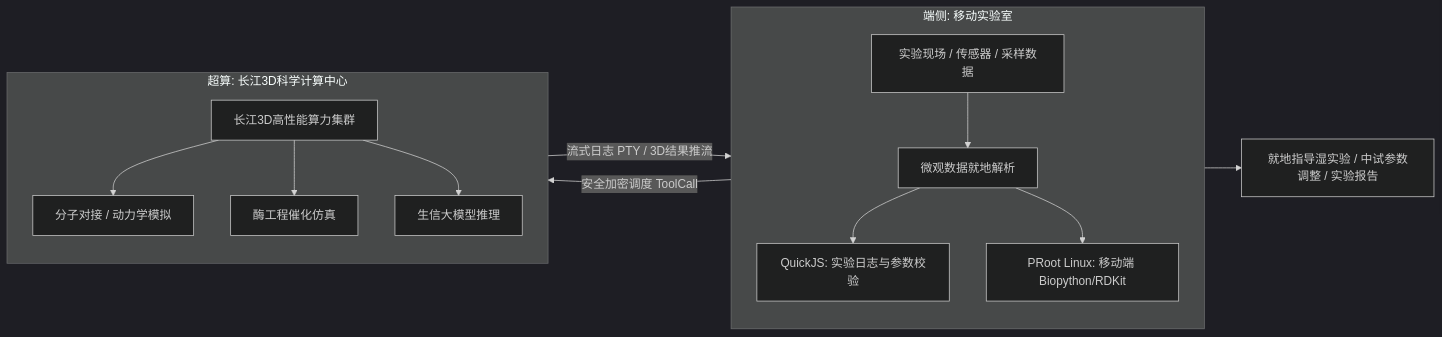
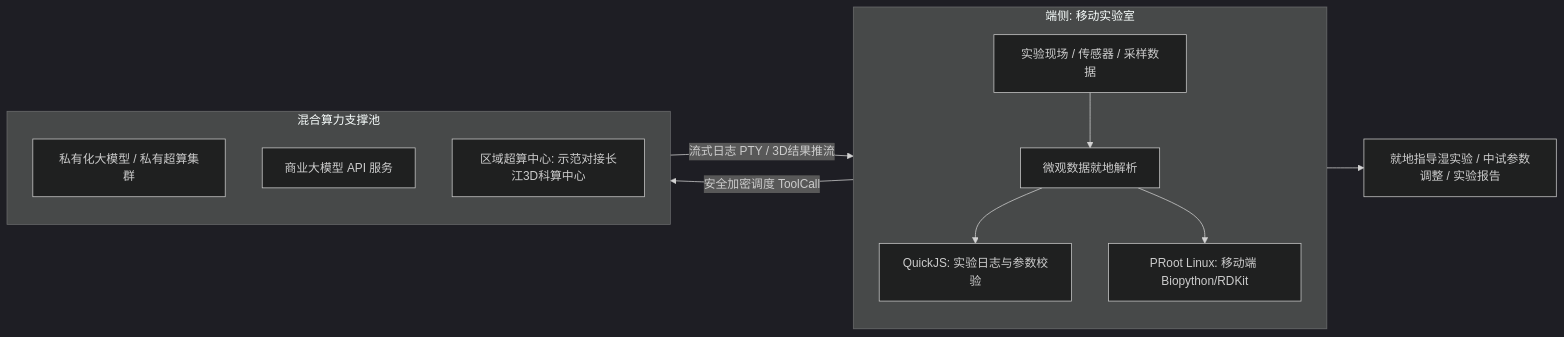
Before and after one commit to dollarser/helix-agent: the diagram in docs/product/business-plan-roadshow.md, drawn with Mermaid (dark theme). The commit also changed other lines of this file and 2 other files, not shown here.

Commit message:
docs(product): decouple single hpc center, establish hybrid compute architecture in roadshow ppt

````diff
--- a/docs/product/business-plan-roadshow.md
+++ b/docs/product/business-plan-roadshow.md
@@ -58,18 +51,18 @@
 ```mermaid
 flowchart LR
     subgraph Edge[端侧: 移动实验室]
         Input[实验现场 / 传感器 / 采样数据] --> Parser[微观数据就地解析]
         Parser --> QuickJS[QuickJS: 实验日志与参数校验]
         Parser --> PRoot[PRoot Linux: 移动端 Biopython/RDKit]
     end
     
-    subgraph Cloud[超算: 长江3D科学计算中心]
-        HPC[长江3D高性能算力集群] --> Docking[分子对接 / 动力学模拟]
-        HPC --> Enzyme[酶工程催化仿真]
-        HPC --> LargeBio[生信大模型推理]
+    subgraph Cloud[混合算力支撑池]
+        Private[私有化大模型 / 私有超算集群]
+        Commercial[商业大模型 API 服务]
+        HPC[区域超算中心: 示范对接长江3D科算中心]
     end
     
     Edge -->|安全加密调度 ToolCall| Cloud
     Cloud -->|流式日志 PTY / 3D结果推流| Edge
     Edge --> Output[就地指导湿实验 / 中试参数调整 / 实验报告]
 ```
````
